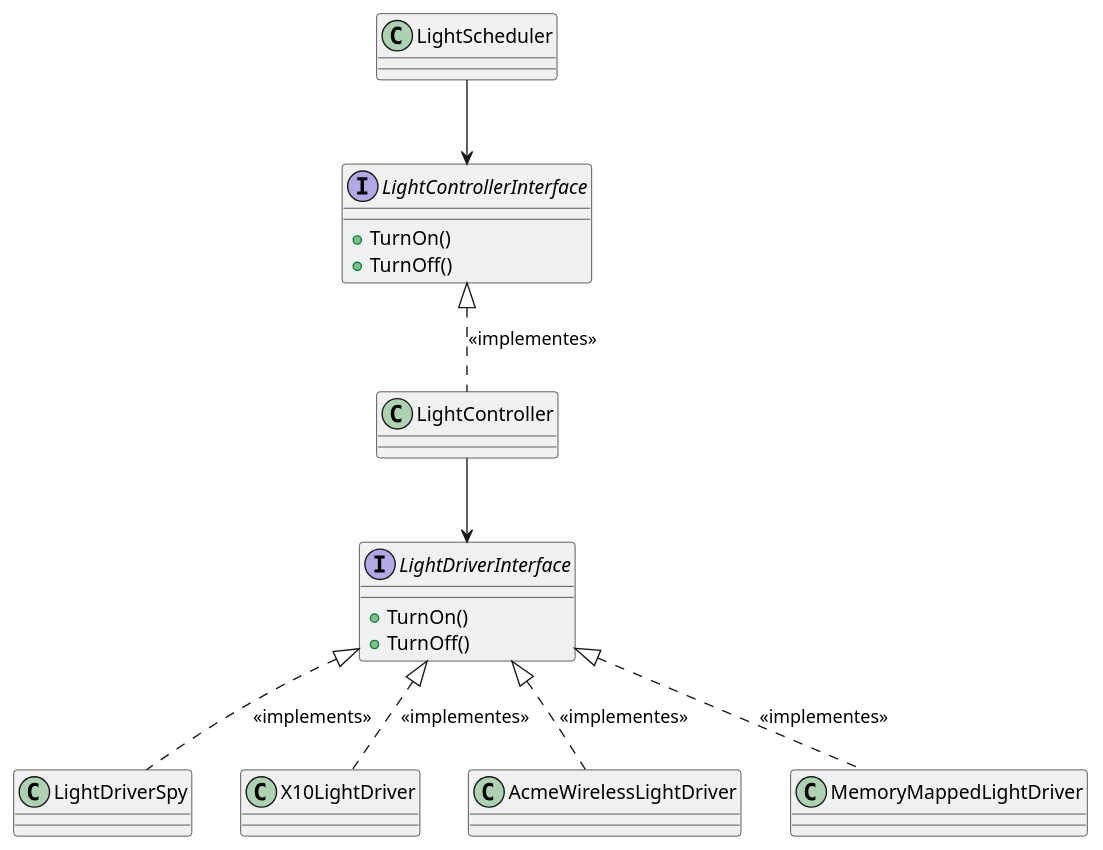
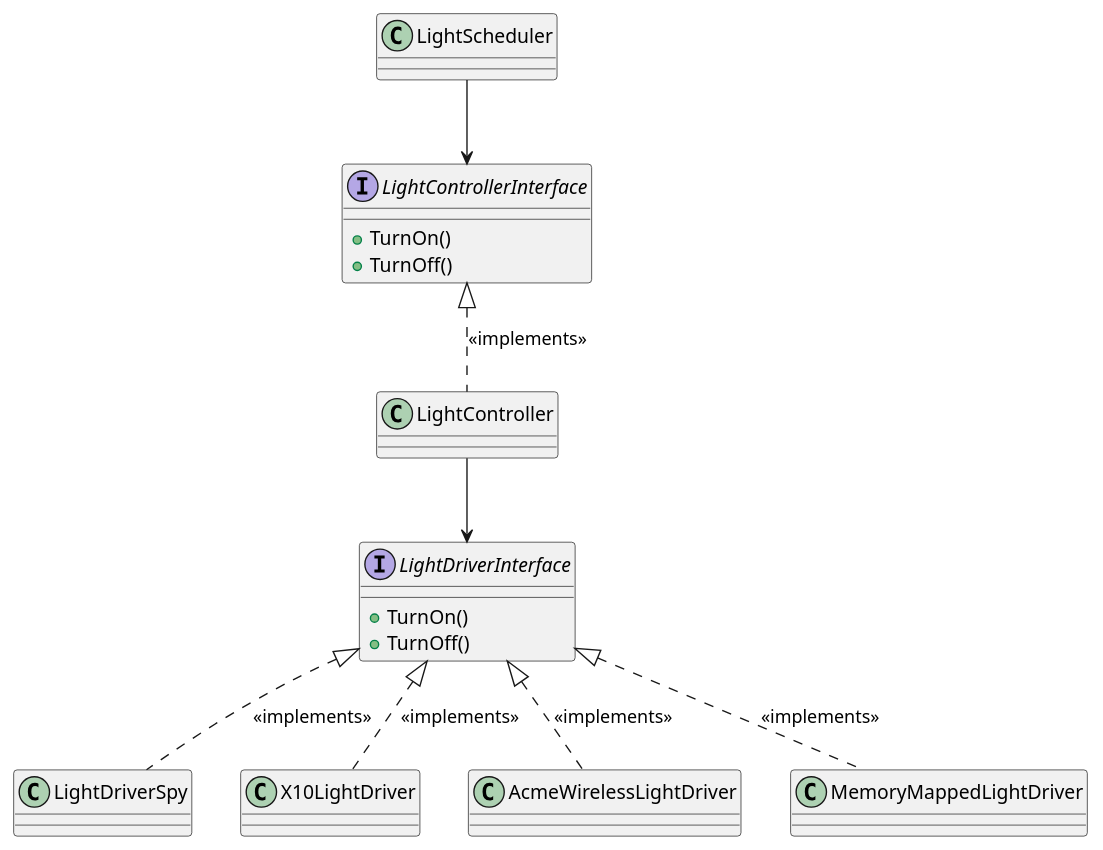
Before and after one commit to tomoyuki-nakabayashi/TDDforEmbeddedC_SolidDesign: the second of 2 diagrams in doc/solid_design.md, drawn with PlantUML. The commit also changed other lines of this file and 2 other files, not shown here.

Commit message:
chore: Fix typo.

````diff
--- a/doc/solid_design.md
+++ b/doc/solid_design.md
@@ -39,42 +39,42 @@
 ```puml
 @startuml
 
 class LightScheduler {
 }
 
 
 interface LightControllerInterface {
   + TurnOn()
   + TurnOff()
 }
 
 class LightController {
 }
 
 interface LightDriverInterface {
   + TurnOn()
   + TurnOff()
 }
 
 class LightDriverSpy {
 }
 
 class X10LightDriver {
 }
 
 class AcmeWirelessLightDriver {
 }
 
 class MemoryMappedLightDriver {
 }
 
 LightScheduler --> LightControllerInterface
-LightControllerInterface <|.. LightController:<<implementes>>
+LightControllerInterface <|.. LightController:<<implements>>
 LightController --> LightDriverInterface
 LightDriverInterface <|.. LightDriverSpy:<<implements>>
-LightDriverInterface <|.. X10LightDriver:<<implementes>>
-LightDriverInterface <|.. AcmeWirelessLightDriver:<<implementes>>
-LightDriverInterface <|.. MemoryMappedLightDriver:<<implementes>>
+LightDriverInterface <|.. X10LightDriver:<<implements>>
+LightDriverInterface <|.. AcmeWirelessLightDriver:<<implements>>
+LightDriverInterface <|.. MemoryMappedLightDriver:<<implements>>
 
 @enduml
 ```
````
